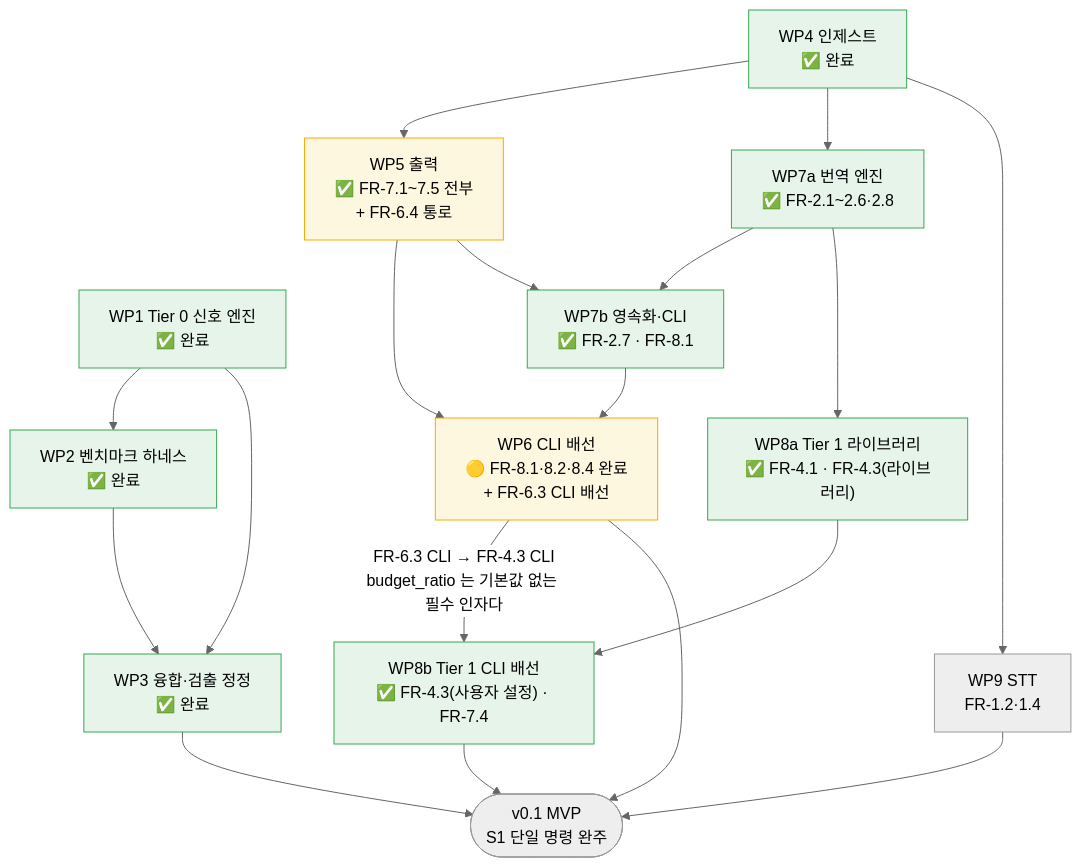
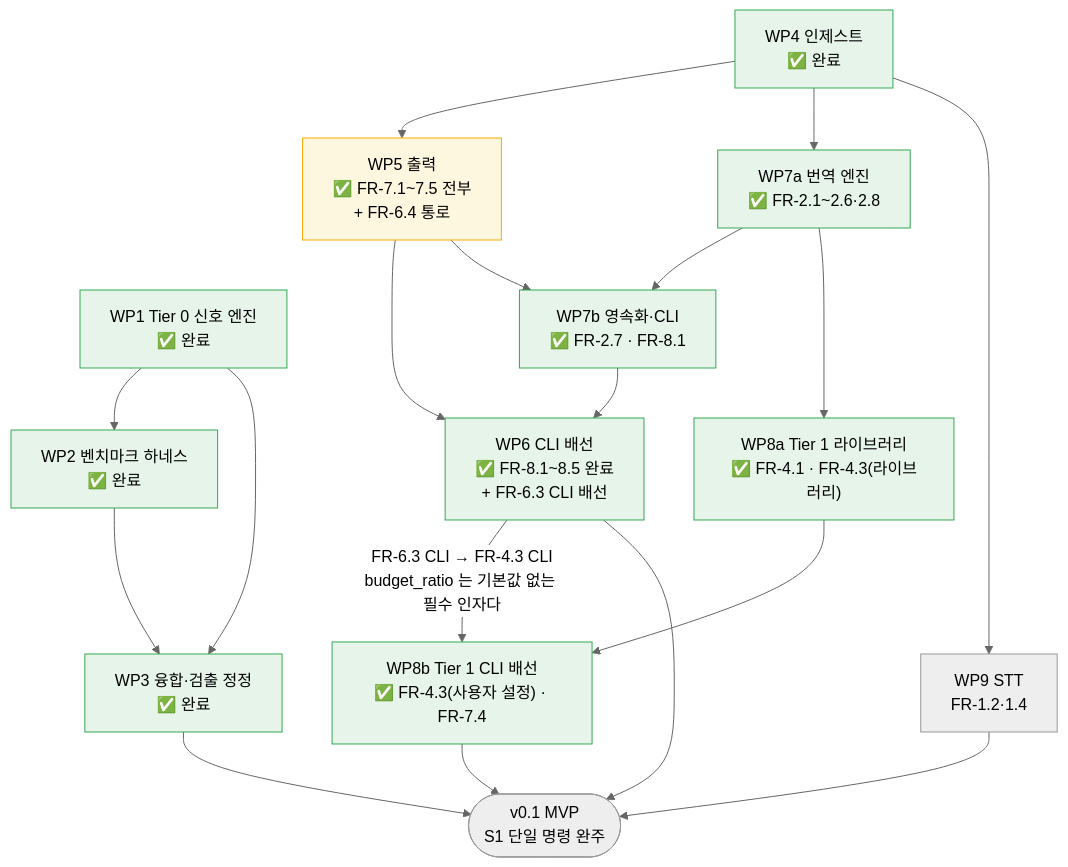
Before and after one commit to withwooyong/cuesift: the diagram in docs/WBS.md, drawn with Mermaid (neutral theme). The commit also changed other lines of this file and 26 other files, not shown here.

````diff
--- a/docs/WBS.md
+++ b/docs/WBS.md
@@ -215,44 +217,44 @@
 ```mermaid
 flowchart TD
     WP1["WP1 Tier 0 신호 엔진<br/>✅ 완료"]
     WP2["WP2 벤치마크 하네스<br/>✅ 완료"]
     WP3["WP3 융합·검출 정정<br/>✅ 완료"]
     WP4["WP4 인제스트<br/>✅ 완료"]
     WP5["WP5 출력<br/>✅ FR-7.1~7.5 전부<br/>+ FR-6.4 통로"]
-    WP6["WP6 CLI 배선<br/>🟡 FR-8.1·8.2·8.4 완료<br/>+ FR-6.3 CLI 배선"]
+    WP6["WP6 CLI 배선<br/>✅ FR-8.1~8.5 완료<br/>+ FR-6.3 CLI 배선"]
     WP7A["WP7a 번역 엔진<br/>✅ FR-2.1~2.6·2.8"]
     WP7B["WP7b 영속화·CLI<br/>✅ FR-2.7 · FR-8.1"]
     WP8A["WP8a Tier 1 라이브러리<br/>✅ FR-4.1 · FR-4.3(라이브러리)"]
     WP8B["WP8b Tier 1 CLI 배선<br/>✅ FR-4.3(사용자 설정) · FR-7.4"]
     WP9["WP9 STT<br/>FR-1.2·1.4"]
     V01(["v0.1 MVP<br/>S1 단일 명령 완주"])
 
     WP1 --> WP2
     WP1 --> WP3
     WP2 --> WP3
     WP4 --> WP5
     WP4 --> WP7A
     WP4 --> WP9
     WP5 --> WP6
     WP7A --> WP7B
     WP7A --> WP8A
     WP8A --> WP8B
     WP5 --> WP7B
     WP7B --> WP6
     WP6 -->|"FR-6.3 CLI → FR-4.3 CLI<br/>budget_ratio 는 기본값 없는 필수 인자다"| WP8B
     WP8B --> V01
     WP9 --> V01
     WP6 --> V01
     WP3 --> V01
 
     style WP1 fill:#e6f4ea,stroke:#34a853
     style WP2 fill:#e6f4ea,stroke:#34a853
     style WP3 fill:#e6f4ea,stroke:#34a853
     style WP4 fill:#e6f4ea,stroke:#34a853
     style WP7A fill:#e6f4ea,stroke:#34a853
     style WP7B fill:#e6f4ea,stroke:#34a853
     style WP8A fill:#e6f4ea,stroke:#34a853
     style WP8B fill:#e6f4ea,stroke:#34a853
     style WP5 fill:#fef7e0,stroke:#f9ab00
-    style WP6 fill:#fef7e0,stroke:#f9ab00
+    style WP6 fill:#e6f4ea,stroke:#34a853
 ```
````
